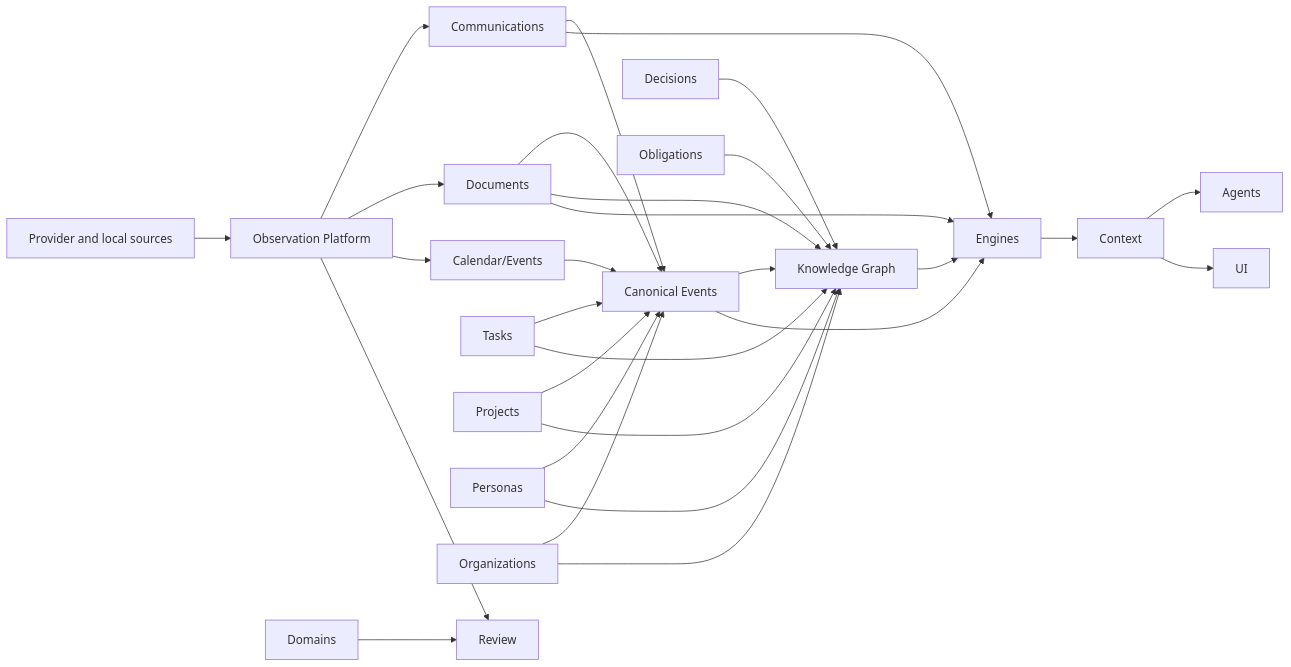
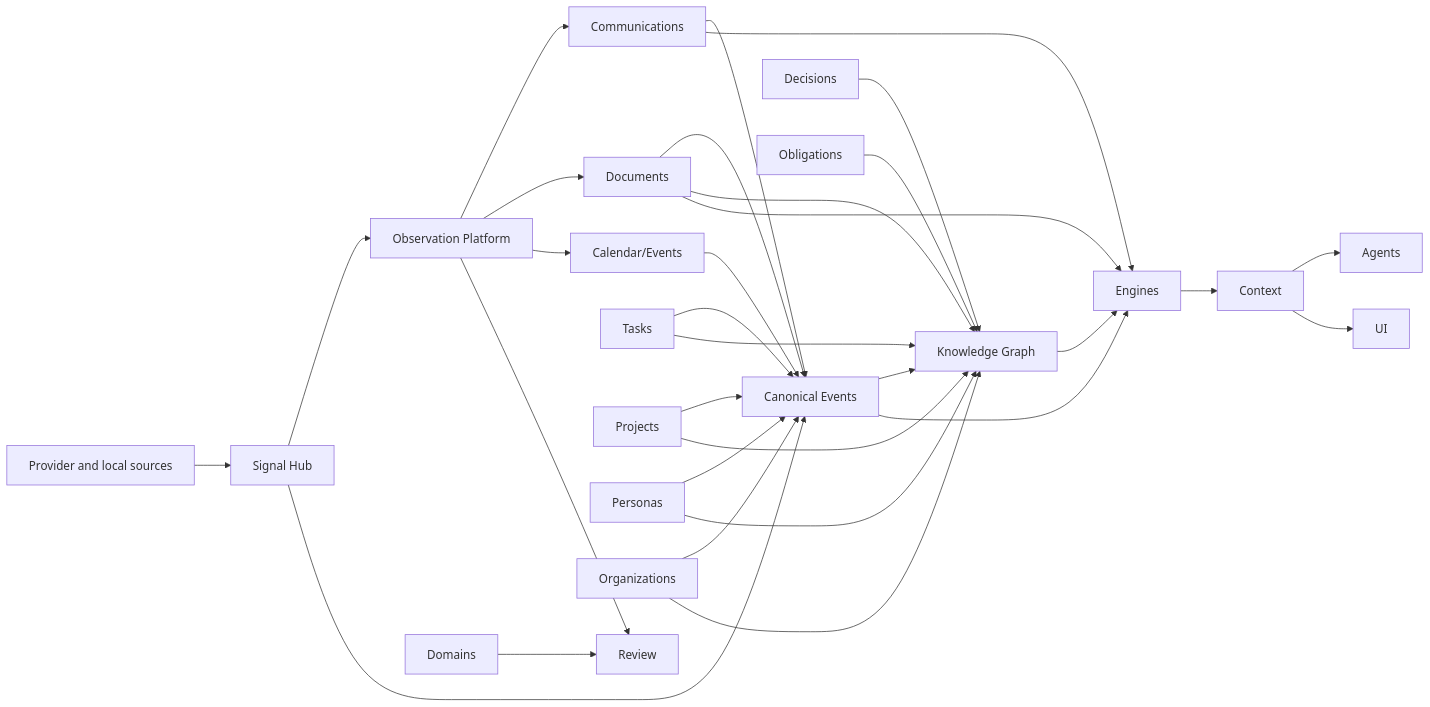
The diagram in docs/foundation/domain-map.md (Mesteriis/hermes-os), drawn with Mermaid before and after one commit. The commit also changed other lines of this file and 20 other files, not shown here.

Commit message:
Document Signal Hub domain and ADRs

````diff
--- a/docs/foundation/domain-map.md
+++ b/docs/foundation/domain-map.md
@@ -63,36 +65,38 @@
 ```mermaid
 flowchart LR
-    Sources["Provider and local sources"] --> Observations["Observation Platform"]
+    Sources["Provider and local sources"] --> SignalHub["Signal Hub"]
+    SignalHub --> Observations["Observation Platform"]
+    SignalHub --> Events["Canonical Events"]
     Observations --> Communications
     Observations --> Documents
     Observations --> Calendar["Calendar/Events"]
 
     Communications --> Events["Canonical Events"]
     Documents --> Events
     Calendar --> Events
     Tasks --> Events
     Projects --> Events
     Personas --> Events
     Organizations --> Events
 
     Events --> Graph["Knowledge Graph"]
     Personas --> Graph
     Organizations --> Graph
     Projects --> Graph
     Documents --> Graph
     Tasks --> Graph
     Decisions --> Graph
     Obligations --> Graph
 
     Domains["Domains"] --> Review
     Observations --> Review
 
     Graph --> Engines
     Events --> Engines
     Documents --> Engines
     Communications --> Engines
 
     Engines --> Context["Context"]
     Context --> Agents
     Context --> UI
 ```
````
